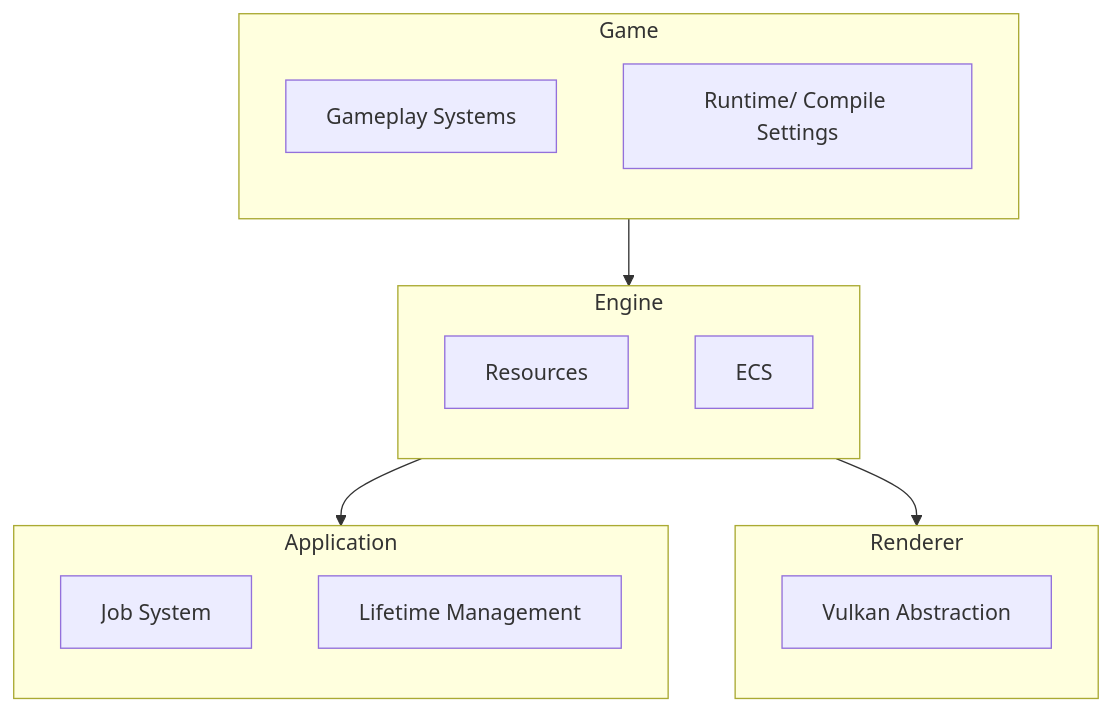
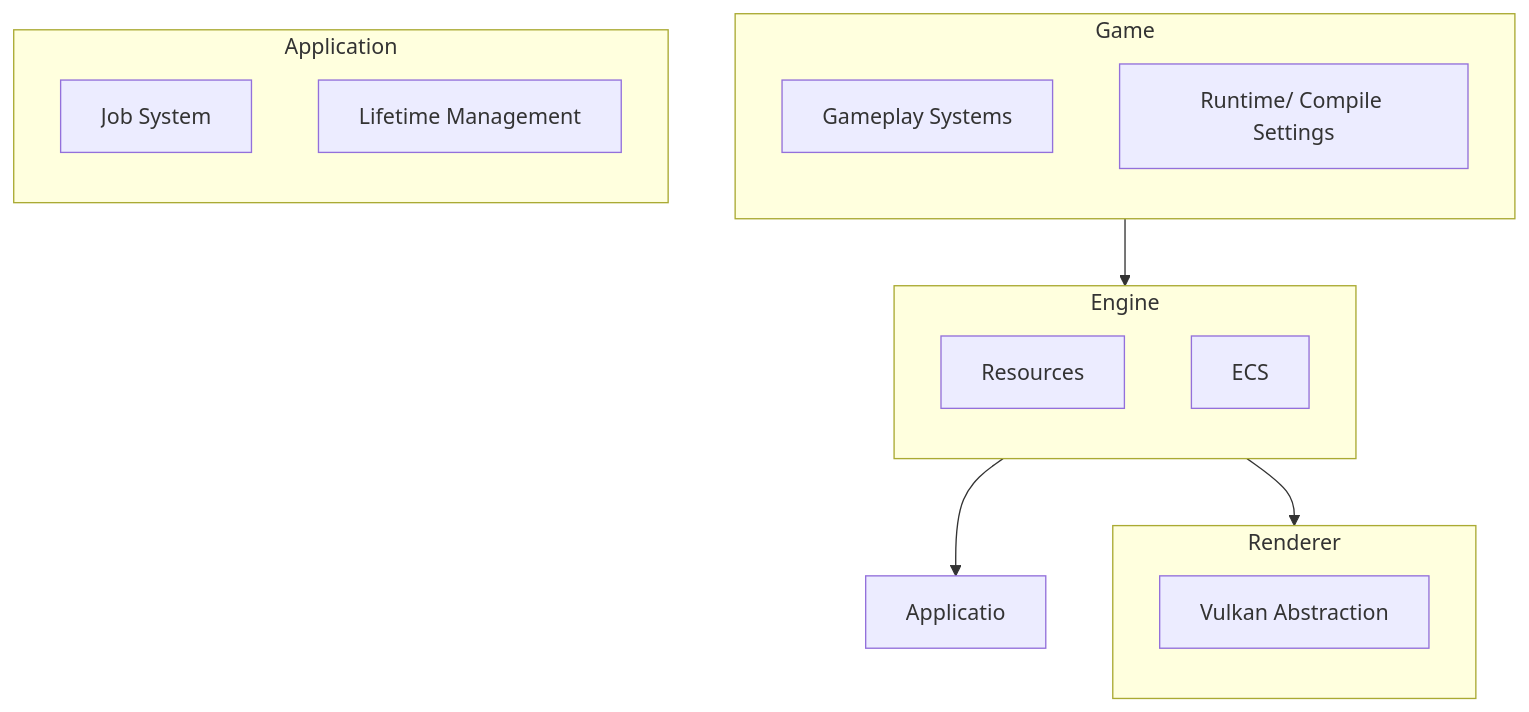
One commit to JonatanNevo/portal-framework changed the first of 2 diagrams in docs/source/introduction/architecture.md. Above: the diagram before and after it, drawn with Mermaid. The commit also changed other lines of this file and 1 other file, not shown here.

````diff
--- a/docs/source/introduction/architecture.md
+++ b/docs/source/introduction/architecture.md
@@ -18,34 +18,34 @@
 ```{mermaid}
 ---
 caption: Abstraction Levels with some examples
 ---
 flowchart TD
 
 Game --> Engine
-Engine --> Application
+Engine --> Applicatio
 Engine --> Renderer
 
 subgraph Game
     direction TB
     g[Gameplay Systems]
     s[Runtime/ Compile Settings]
 end
 
 subgraph Engine
     direction TB
     Resources
     ECS
 end
 
 subgraph Application
     direction TB
     j[Job System]
     l[Lifetime Management]
 end
 
 subgraph Renderer
     direction TB
     v[Vulkan Abstraction]
 
 end
 ```
````
